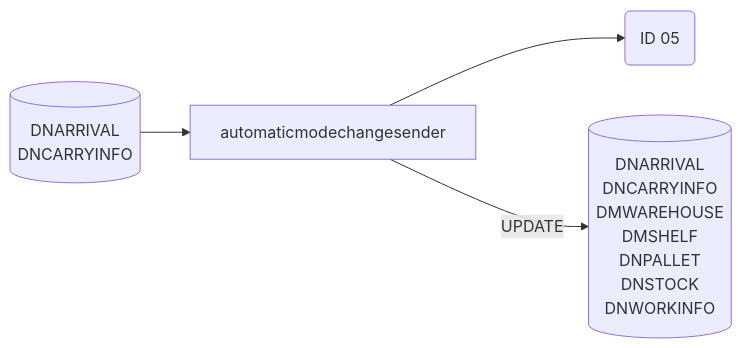
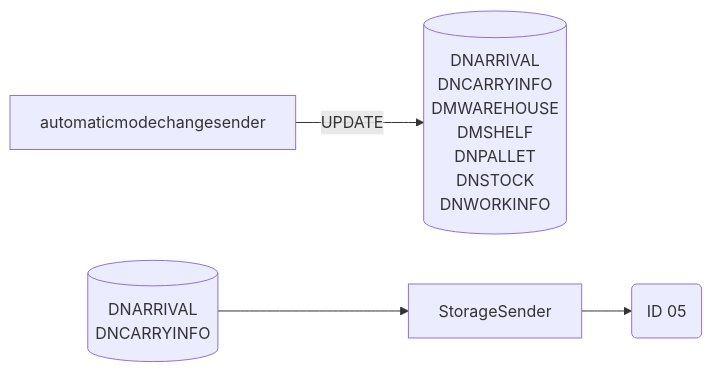
The fifth of 22 diagrams in Basic-Design/DFD-WMS/Storage/Unplanned-Storage/Unplanned-Storage-from-HP.md (luthfiadityaa/SimeDarby-Wiki), drawn with Mermaid before and after one commit.

Commit message:
Updated Unplanned Storage from HP

```diff
--- a/Basic-Design/DFD-WMS/Storage/Unplanned-Storage/Unplanned-Storage-from-HP.md
+++ b/Basic-Design/DFD-WMS/Storage/Unplanned-Storage/Unplanned-Storage-from-HP.md
@@ -299,23 +299,23 @@
 ::: mermaid
 flowchart LR
 automaticmodechangesender-update[("
 DNARRIVAL
 DNCARRYINFO
 DMWAREHOUSE
 DMSHELF
 DNPALLET
 DNSTOCK
 DNWORKINFO
 ")]
 automaticmodechangesender-input[("
 DNARRIVAL
 DNCARRYINFO
 ")]
 
 id05msg("
 ID 05
 ")
 
-automaticmodechangesender-input-->automaticmodechangesender-->id05msg
+automaticmodechangesender-input-->StorageSender-->id05msg
 automaticmodechangesender--> |UPDATE| automaticmodechangesender-update
 :::
```
